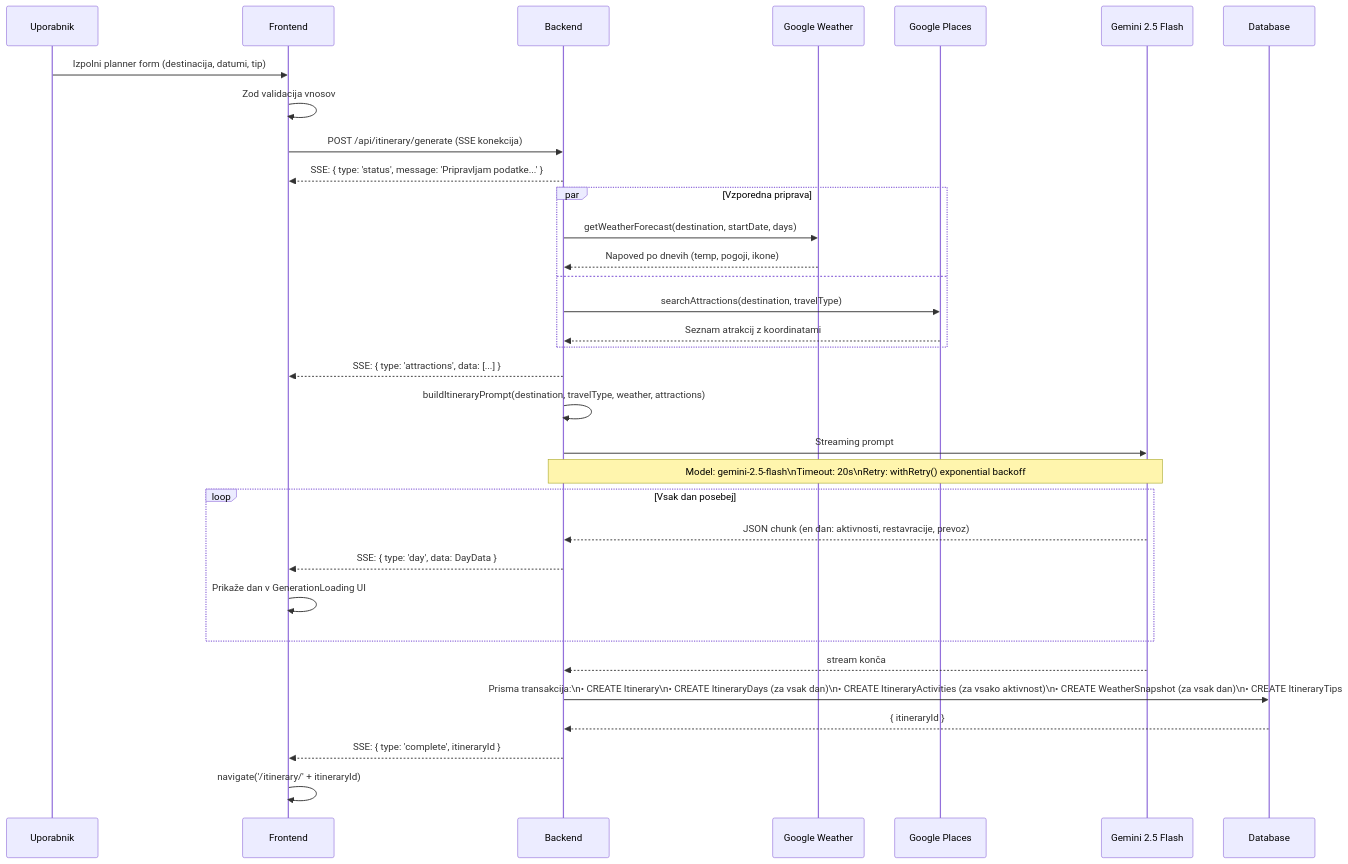
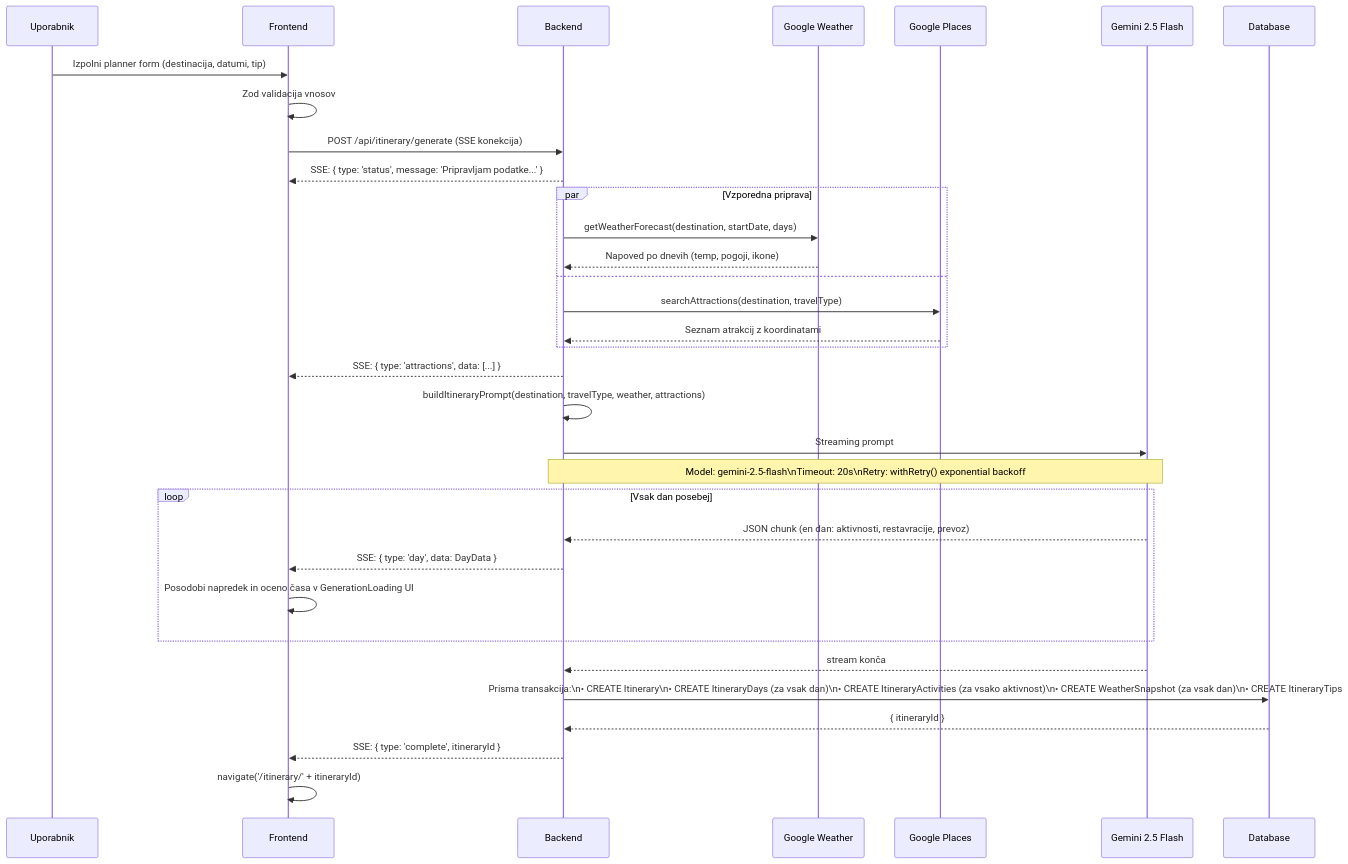
One commit to Anchevskiii/Routiq changed the third of 11 diagrams in docs/data-flows.md. Above: the diagram before and after it, drawn with Mermaid. The commit also changed other lines of this file and 6 other files, not shown here.

````diff
--- a/docs/data-flows.md
+++ b/docs/data-flows.md
@@ -104,42 +104,42 @@
 ```mermaid
 sequenceDiagram
     participant U as Uporabnik
     participant FE as Frontend
     participant BE as Backend
     participant WEATHER as Google Weather
     participant PLACES as Google Places
     participant GEMINI as Gemini 2.5 Flash
     participant DB as Database
 
     U->>FE: Izpolni planner form (destinacija, datumi, tip)
     FE->>FE: Zod validacija vnosov
     FE->>BE: POST /api/itinerary/generate (SSE konekcija)
     BE-->>FE: SSE: { type: 'status', message: 'Pripravljam podatke...' }
 
     par Vzporedna priprava
         BE->>WEATHER: getWeatherForecast(destination, startDate, days)
         WEATHER-->>BE: Napoved po dnevih (temp, pogoji, ikone)
     and
         BE->>PLACES: searchAttractions(destination, travelType)
         PLACES-->>BE: Seznam atrakcij z koordinatami
     end
 
     BE-->>FE: SSE: { type: 'attractions', data: [...] }
     BE->>BE: buildItineraryPrompt(destination, travelType, weather, attractions)
 
     BE->>GEMINI: Streaming prompt
     Note over BE,GEMINI: Model: gemini-2.5-flash\nTimeout: 20s\nRetry: withRetry() exponential backoff
 
     loop Vsak dan posebej
         GEMINI-->>BE: JSON chunk (en dan: aktivnosti, restavracije, prevoz)
         BE-->>FE: SSE: { type: 'day', data: DayData }
-        FE->>FE: Prikaže dan v GenerationLoading UI
+        FE->>FE: Posodobi napredek in oceno časa v GenerationLoading UI
     end
 
     GEMINI-->>BE: stream konča
     BE->>DB: Prisma transakcija:\n• CREATE Itinerary\n• CREATE ItineraryDays (za vsak dan)\n• CREATE ItineraryActivities (za vsako aktivnost)\n• CREATE WeatherSnapshot (za vsak dan)\n• CREATE ItineraryTips
 
     DB-->>BE: { itineraryId }
     BE-->>FE: SSE: { type: 'complete', itineraryId }
     FE->>FE: navigate('/itinerary/' + itineraryId)
 ```
````
